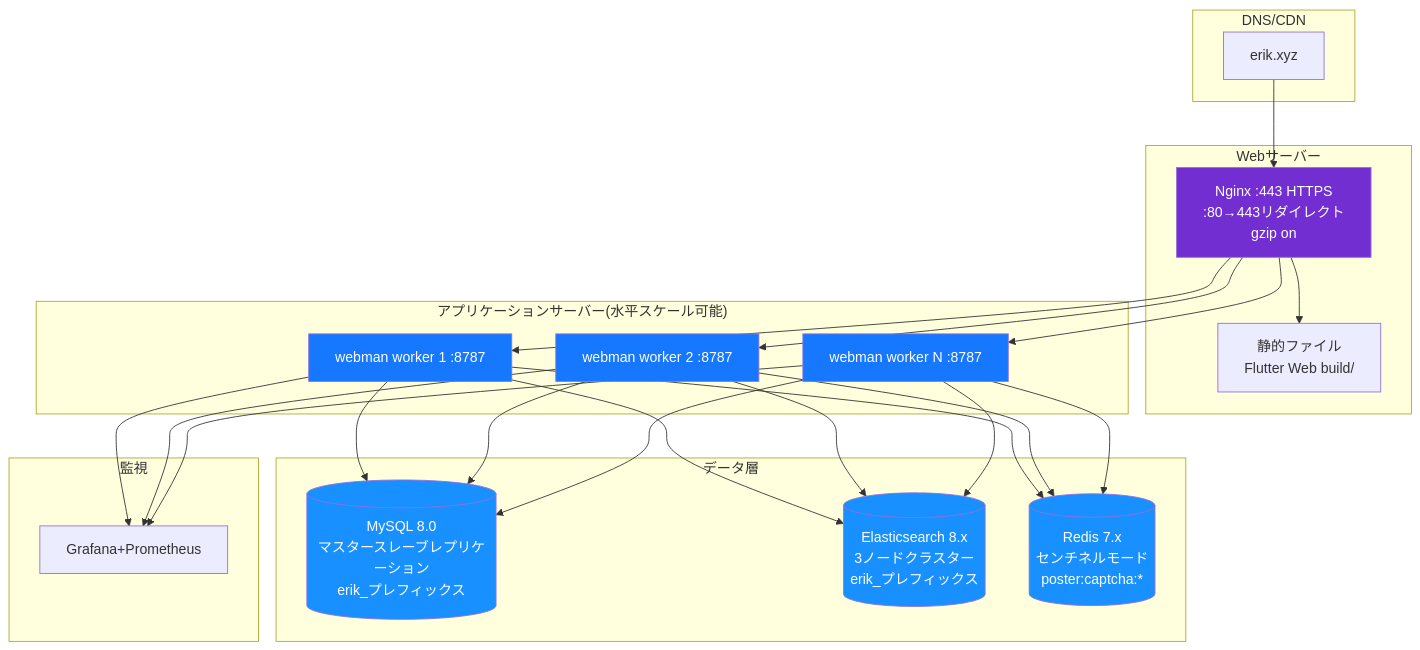
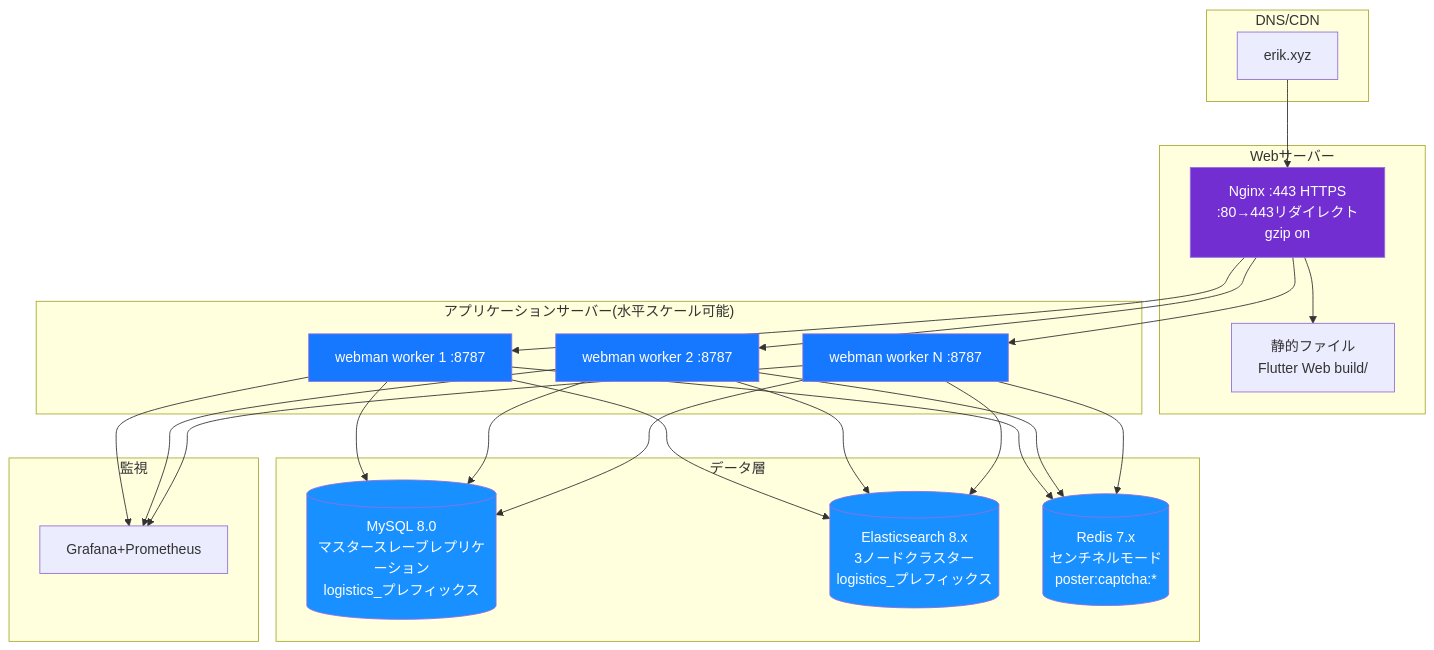
One commit to erikwang2013/integrated-global-logistics changed the diagram in admin/docs/diagrams/12-deployment.ja.md. Above: the diagram before and after it, drawn with Mermaid. The commit also changed 211 other files, not shown here.

````diff
--- a/admin/docs/diagrams/12-deployment.ja.md
+++ b/admin/docs/diagrams/12-deployment.ja.md
@@ -7,45 +7,45 @@
 ```mermaid
 flowchart TB
     subgraph dns["DNS/CDN"]
         domain["erik.xyz"]
     end
 
     subgraph web["Webサーバー"]
         nginx["Nginx :443 HTTPS<br/>:80→443リダイレクト<br/>gzip on"]
         static["静的ファイル<br/>Flutter Web build/"]
     end
 
     subgraph app["アプリケーションサーバー(水平スケール可能)"]
         wm1["webman worker 1 :8787"]
         wm2["webman worker 2 :8787"]
         wm3["webman worker N :8787"]
     end
 
     subgraph data["データ層"]
-        mysql[("MySQL 8.0<br/>マスタースレーブレプリケーション<br/>erik_プレフィックス")]
-        es[("Elasticsearch 8.x<br/>3ノードクラスター<br/>erik_プレフィックス")]
+        mysql[("MySQL 8.0<br/>マスタースレーブレプリケーション<br/>logistics_プレフィックス")]
+        es[("Elasticsearch 8.x<br/>3ノードクラスター<br/>logistics_プレフィックス")]
         redis[("Redis 7.x<br/>センチネルモード<br/>poster:captcha:*")]
     end
 
     subgraph monitor["監視"]
         grafana["Grafana+Prometheus"]
     end
 
     domain --> nginx
     nginx --> static
     nginx --> wm1
     nginx --> wm2
     nginx --> wm3
     wm1 & wm2 & wm3 --> mysql
     wm1 & wm2 & wm3 --> es
     wm1 & wm2 & wm3 --> redis
     wm1 & wm2 & wm3 --> grafana
 
     style nginx fill:#722ED1,color:#fff
     style wm1 fill:#1677FF,color:#fff
     style wm2 fill:#1677FF,color:#fff
     style wm3 fill:#1677FF,color:#fff
     style mysql fill:#1890FF,color:#fff
     style es fill:#1890FF,color:#fff
     style redis fill:#1890FF,color:#fff
 ```
````
